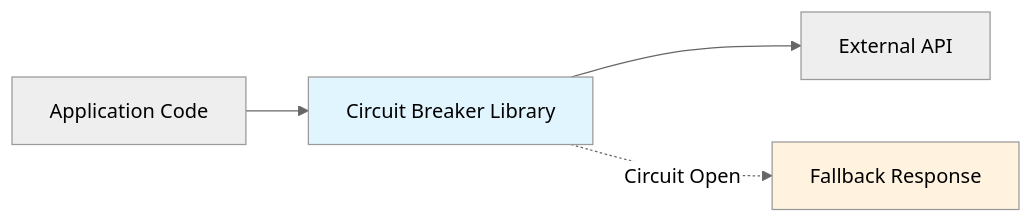
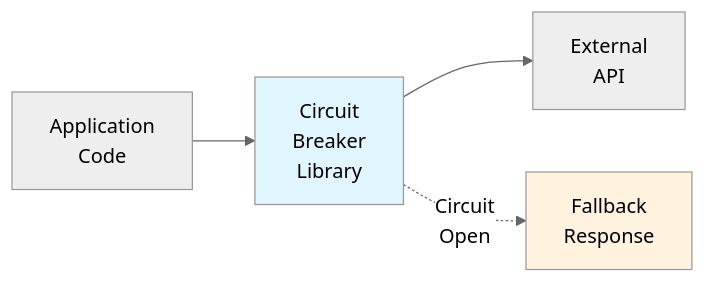
Before and after one commit to razkevich/system_design_course: the fourth of 8 diagrams in 1.6_fault_tolerance/circuit_breakers.md, drawn with Mermaid (neutral theme). The commit also changed other lines of this file and 2 other files, not shown here.

````diff
--- a/1.6_fault_tolerance/circuit_breakers.md
+++ b/1.6_fault_tolerance/circuit_breakers.md
@@ -108,9 +108,9 @@
 ```mermaid
 graph LR
-    A[Application Code] --> CB[Circuit Breaker Library]
-    CB --> API[External API]
-    CB -.->|Circuit Open| FB[Fallback Response]
+    A[Application<br>Code] --> CB[Circuit<br>Breaker<br>Library]
+    CB --> API[External<br>API]
+    CB -.->|Circuit<br>Open| FB[Fallback<br>Response]
     
     style CB fill:#e1f5fe
     style FB fill:#fff3e0
 ```
````
